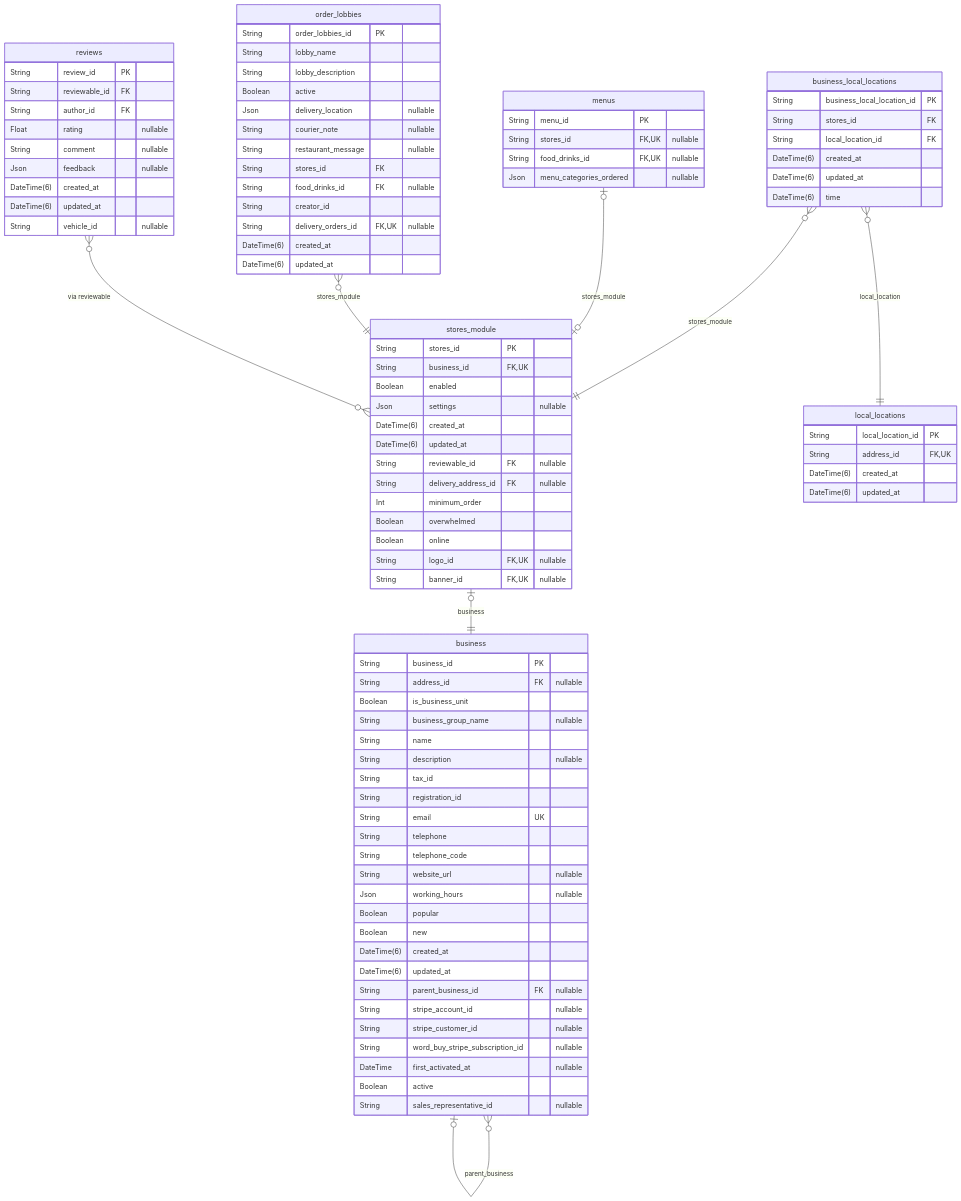
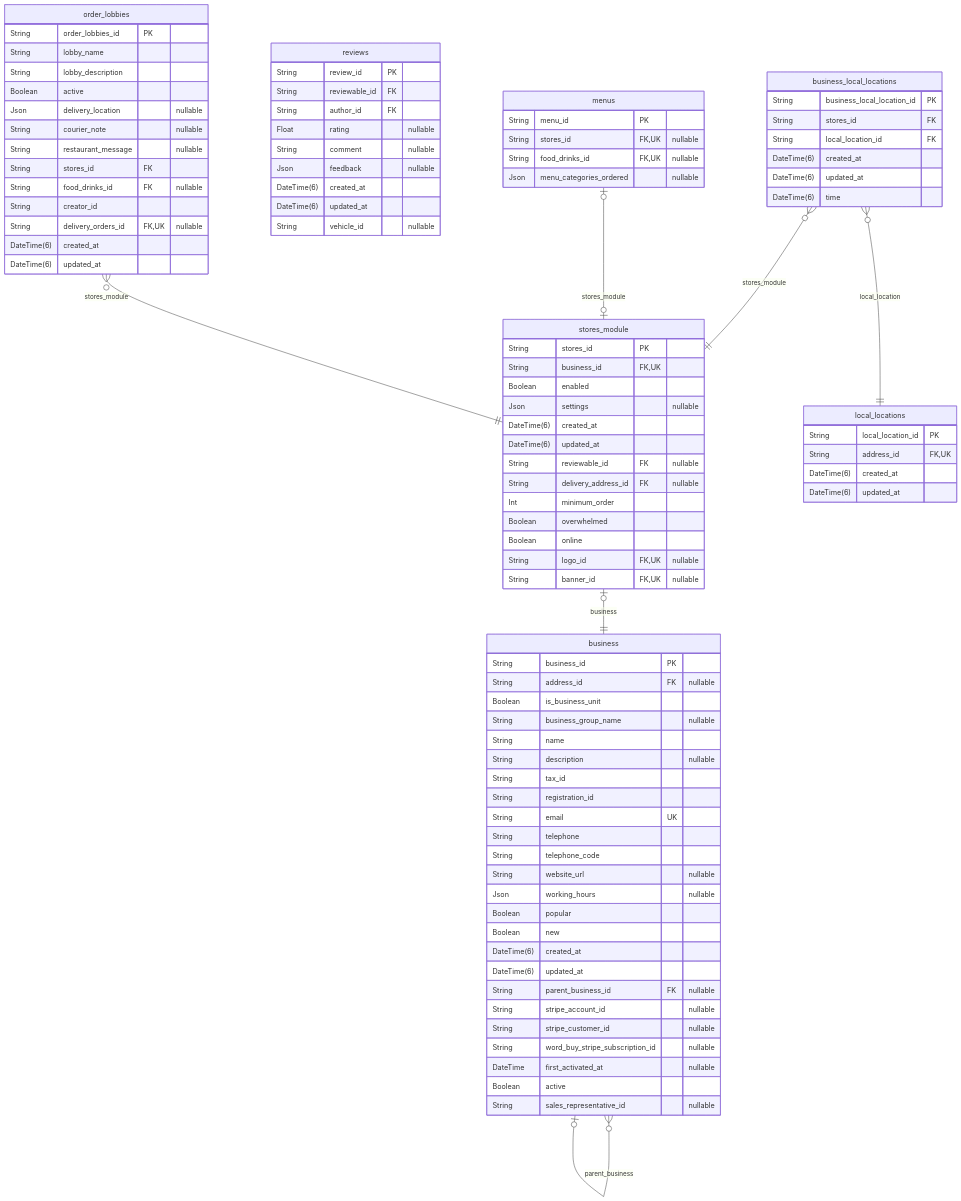
Diagram 22 of 40 in prisma/schemas/ERD.md (pbozic/be-analyisis), drawn with Mermaid before and after one commit. The commit also changed other lines of this file and 18 other files, not shown here.

````diff
--- a/prisma/schemas/ERD.md
+++ b/prisma/schemas/ERD.md
@@ -3800,5 +3784,4 @@
 "business" }o--o| "business" : parent_business
 "menus" |o--o| "stores_module" : stores_module
 "order_lobbies" }o--|| "stores_module" : stores_module
-"reviews" }o--o{ "stores_module" : "via reviewable"
 ```
````
